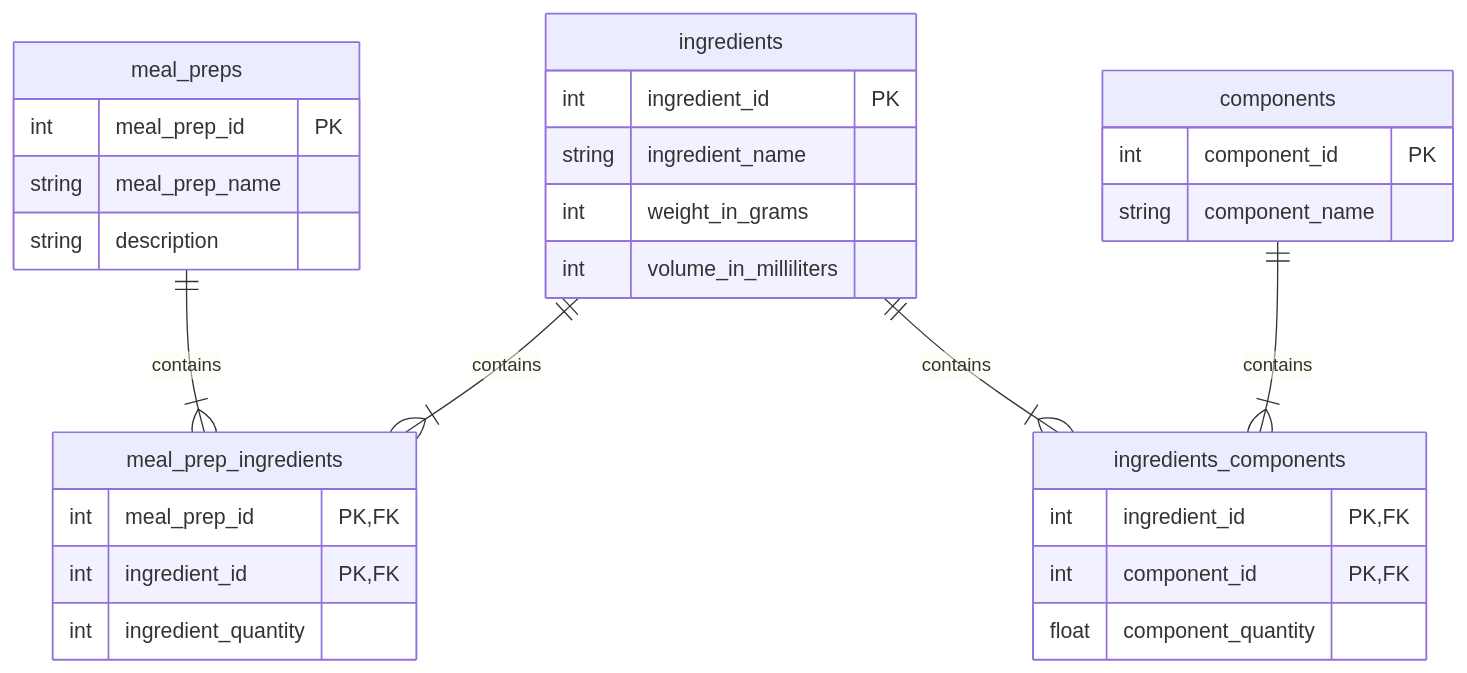
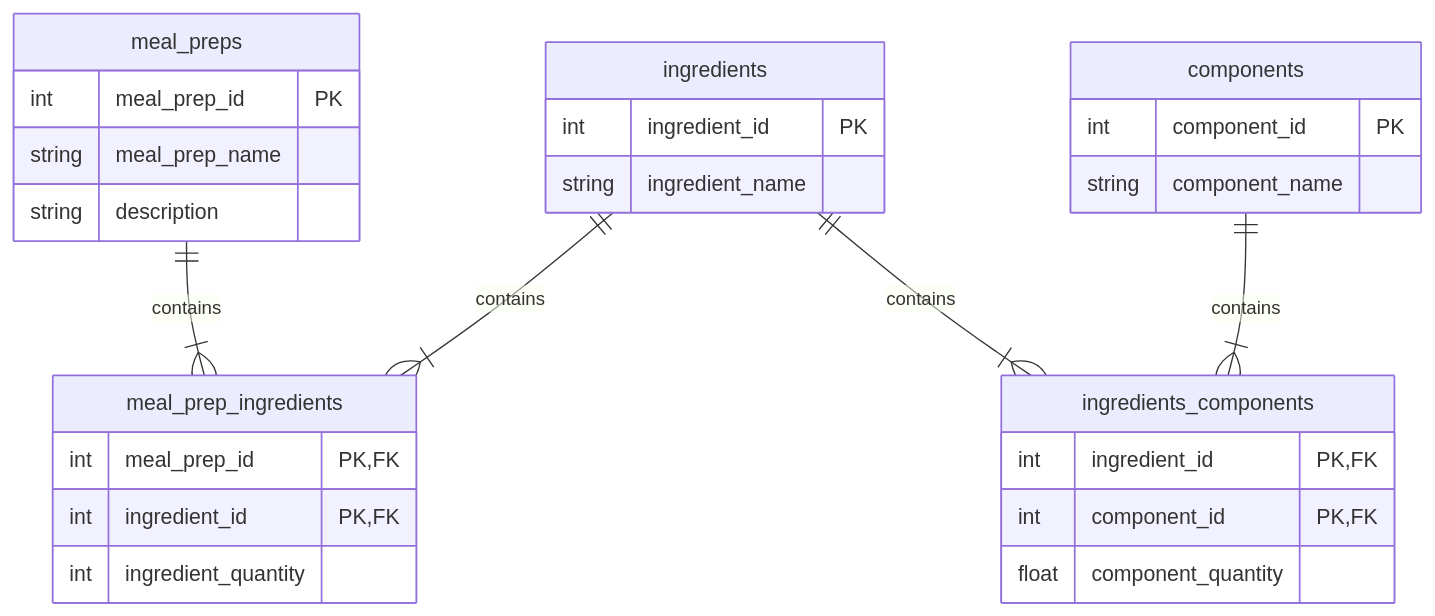
Before and after one commit to Wijnandvdm/nom-stats: the diagram in mermaid_erd.mermaid, drawn with Mermaid. The commit also changed 5 other files, not shown here.

```diff
--- a/mermaid_erd.mermaid
+++ b/mermaid_erd.mermaid
@@ -1,30 +1,28 @@
 erDiagram
     meal_prep_ingredients {
         int meal_prep_id PK, FK
         int ingredient_id PK, FK
         int ingredient_quantity
     }
     meal_preps {
         int meal_prep_id PK
         string meal_prep_name
         string description
     }
     ingredients_components {
         int ingredient_id PK, FK
         int component_id PK, FK
         float component_quantity
     }
     ingredients {
         int ingredient_id PK
         string ingredient_name
-        int weight_in_grams
-        int volume_in_milliliters
     }
     components {
         int component_id PK
         string component_name
     }
 meal_preps ||--|{ meal_prep_ingredients : contains
 ingredients ||--|{ meal_prep_ingredients : contains
 ingredients ||--|{ ingredients_components : contains
 components ||--|{ ingredients_components : contains
```
